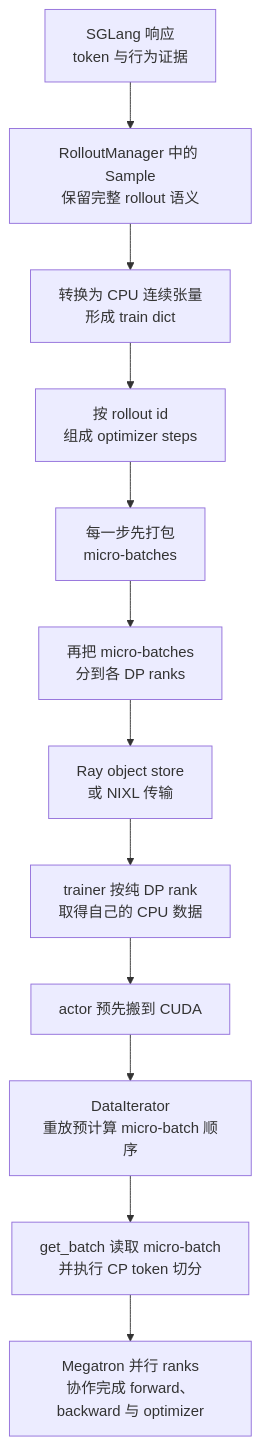
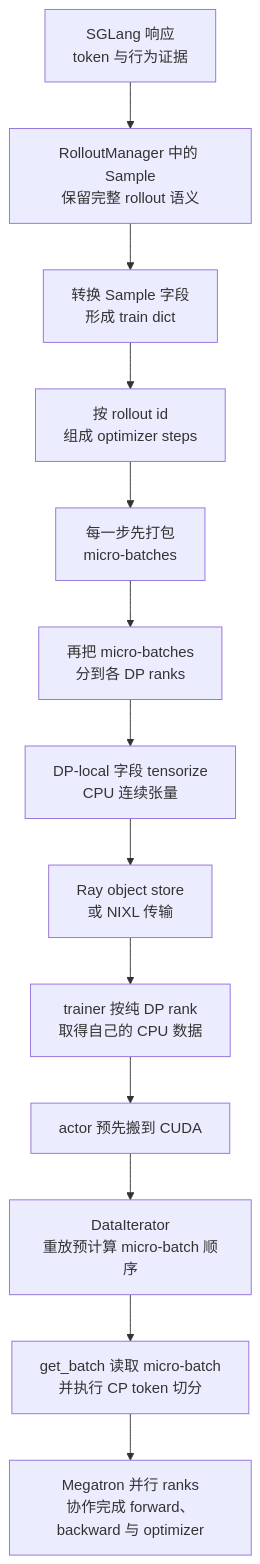
The fifth of 5 diagrams in wiki/02_engineering/04_posttrain_frameworks/slime/12_slime_sample_datasource_analysis.md (suhaibo666/llm-knowledge), drawn with Mermaid before and after one commit. The commit also changed other lines of this file and 27 other files, not shown here.

````diff
--- a/wiki/02_engineering/04_posttrain_frameworks/slime/12_slime_sample_datasource_analysis.md
+++ b/wiki/02_engineering/04_posttrain_frameworks/slime/12_slime_sample_datasource_analysis.md
@@ -256,14 +317,15 @@
 ```mermaid
 flowchart TB
     SG["SGLang 响应<br/>token 与行为证据"] --> SM["RolloutManager 中的 Sample<br/>保留完整 rollout 语义"]
-    SM --> CV["转换为 CPU 连续张量<br/>形成 train dict"]
+    SM --> CV["转换 Sample 字段<br/>形成 train dict"]
     CV --> ST["按 rollout id<br/>组成 optimizer steps"]
     ST --> MB["每一步先打包<br/>micro-batches"]
     MB --> DP["再把 micro-batches<br/>分到各 DP ranks"]
-    DP --> RO["Ray object store<br/>或 NIXL 传输"]
+    DP --> TS["DP-local 字段 tensorize<br/>CPU 连续张量"]
+    TS --> RO["Ray object store<br/>或 NIXL 传输"]
     RO --> TR["trainer 按纯 DP rank<br/>取得自己的 CPU 数据"]
     TR --> GPU["actor 预先搬到 CUDA"]
     GPU --> DI["DataIterator<br/>重放预计算 micro-batch 顺序"]
     DI --> GB["get_batch 读取 micro-batch<br/>并执行 CP token 切分"]
     GB --> MG["Megatron 并行 ranks<br/>协作完成 forward、backward 与 optimizer"]
 ```
````
